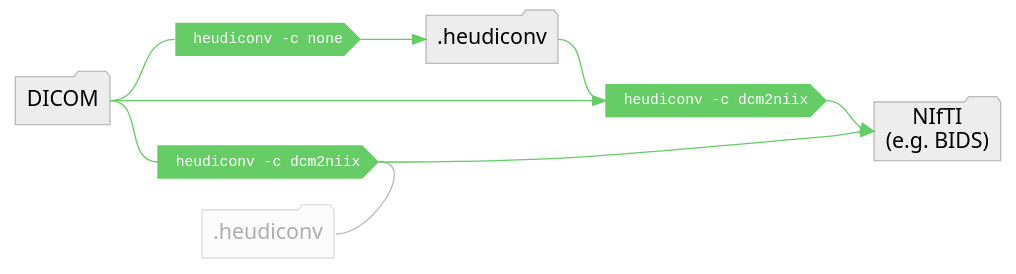
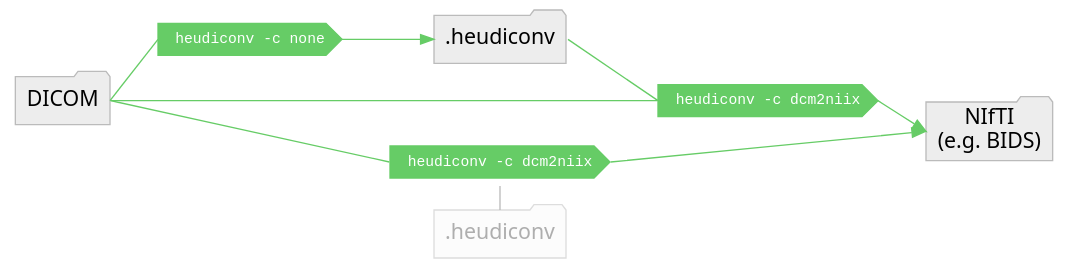
The diagram in data/workflow.dot (nipy/heudiconv), drawn with Graphviz before and after one commit. The commit also changed 1 other file, not shown here.

Commit message:
Style update for figure

```diff
--- a/data/workflow.dot
+++ b/data/workflow.dot
@@ -1,25 +1,26 @@
 digraph graphname {
     newrank = true;
     size="26,10";
     rankdir="LR";
+    splines=line;
     graph [fontname = "sans"];
     node [fontname = "sans", style=filled];
     edge [fontname = "sans", color=gray50];
     _heu[label=".heudiconv", fontsize="16", shape=folder, color="#DDDDDD", fillcolor=grey99, fontcolor="#AEAEAE"];
     dic[label="DICOM", shape=folder, fontsize="16", color="#BBBBBB", fillcolor=grey93];
     non[label="heudiconv -c none ", fontsize="11", fontname="monospace", shape=cds, color="#66CC66", fillcolor="#66CC66", fontcolor="#FFFFFF"];
     dcm[label="heudiconv -c dcm2niix ", fontsize="11", fontname="monospace", shape=cds, color="#66CC66", fillcolor="#66CC66", fontcolor="#FFFFFF"];
     _dcm[label="heudiconv -c dcm2niix ", fontsize="11", fontname="monospace", shape=cds, color="#66CC66", fillcolor="#66CC66", fontcolor="#FFFFFF"];
     heu[label=".heudiconv", fontsize="16", shape=folder, color="#BBBBBB", fillcolor=grey93];
     nif[label="NIfTI\n(e.g. BIDS)", fontsize="16", shape=folder, color="#BBBBBB", fillcolor=grey93];
     dic:e -> non:w [arrowhead=none, color="#66CC66"];
     non -> heu [color="#66CC66"];
     heu:e -> dcm:w [arrowhead=none, color="#66CC66"];
     dcm:e -> nif:w [color="#66CC66"];
     dic:e -> _dcm:w [arrowhead=none, color="#66CC66"];
-    dic:e -> dcm:w [color="#66CC66"];
+    dic:e -> dcm:w [arrowhead=none, color="#66CC66"];
     _dcm:e -> nif:w [color="#66CC66"];
-    _dcm:e -> _heu:e [color="#BBBBBB"];
+    _dcm:s -> _heu:n [color="#BBBBBB"];
     //{rank=same; _dcm; _heu; dcm}
-    {rank=same; non; _heu; _dcm}
+    {rank=same; heu; _heu; _dcm}
 }
```
